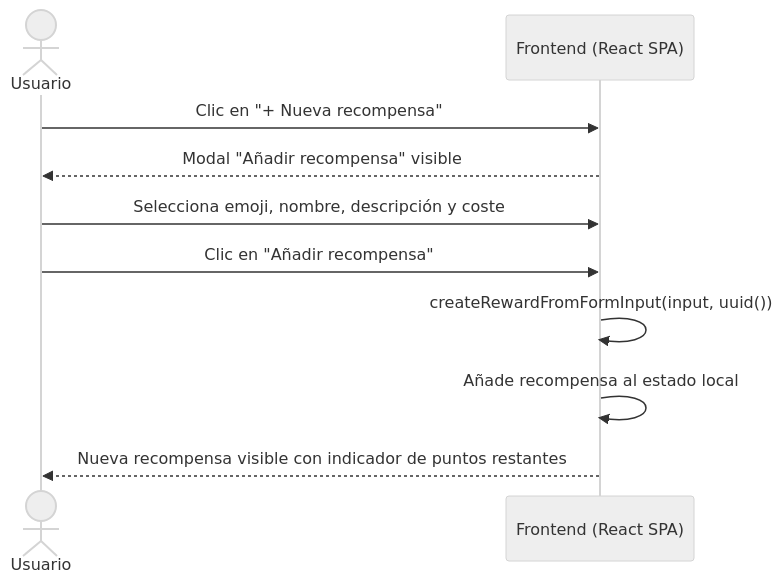
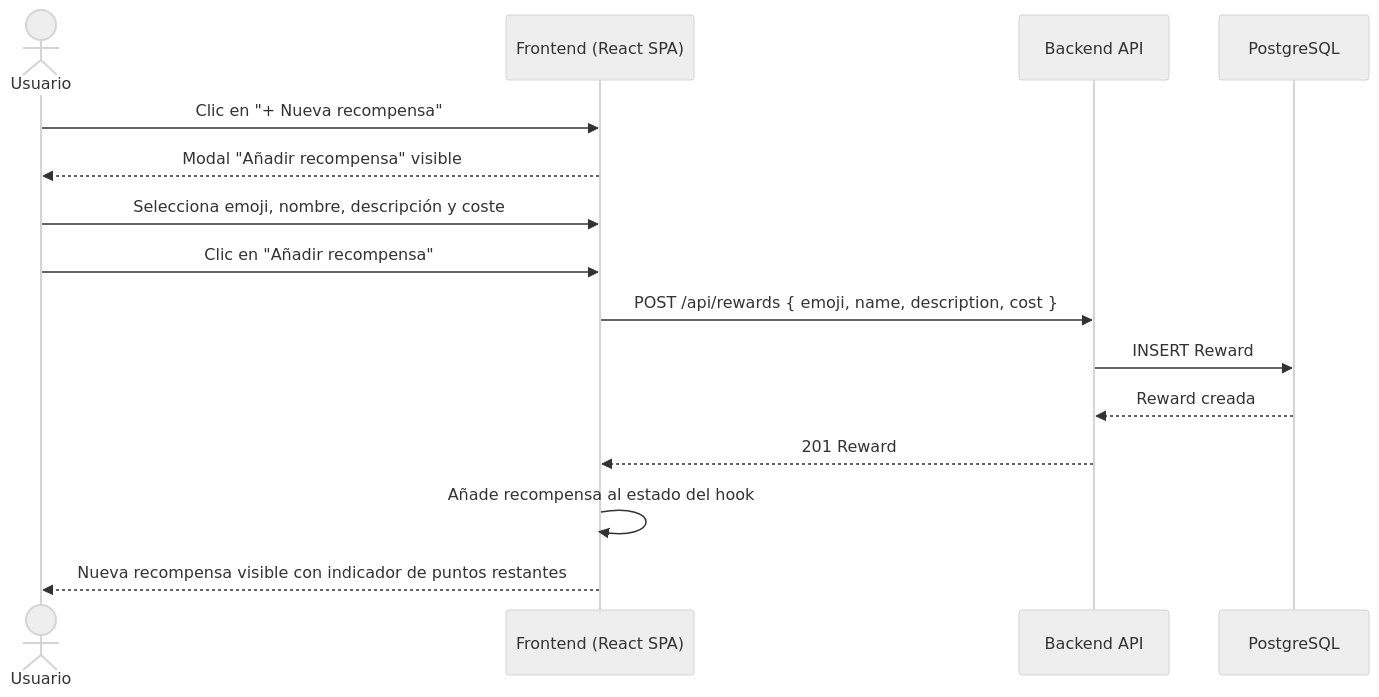
One commit to isaacmvimv/AI4Devs-finalproject-IMV changed the sixth of 16 diagrams in docs/prd.md. Above: the diagram before and after it, drawn with Mermaid (neutral theme). The commit also changed other lines of this file and 61 other files, not shown here.

````diff
--- a/docs/prd.md
+++ b/docs/prd.md
@@ -340,13 +351,18 @@
 ```mermaid
 sequenceDiagram
   actor U as Usuario
   participant SPA as Frontend (React SPA)
+  participant API as Backend API
+  participant DB as PostgreSQL
 
   U->>SPA: Clic en "+ Nueva recompensa"
   SPA-->>U: Modal "Añadir recompensa" visible
   U->>SPA: Selecciona emoji, nombre, descripción y coste
   U->>SPA: Clic en "Añadir recompensa"
-  SPA->>SPA: createRewardFromFormInput(input, uuid())
-  SPA->>SPA: Añade recompensa al estado local
+  SPA->>API: POST /api/rewards { emoji, name, description, cost }
+  API->>DB: INSERT Reward
+  DB-->>API: Reward creada
+  API-->>SPA: 201 Reward
+  SPA->>SPA: Añade recompensa al estado del hook
   SPA-->>U: Nueva recompensa visible con indicador de puntos restantes
 ```
````
